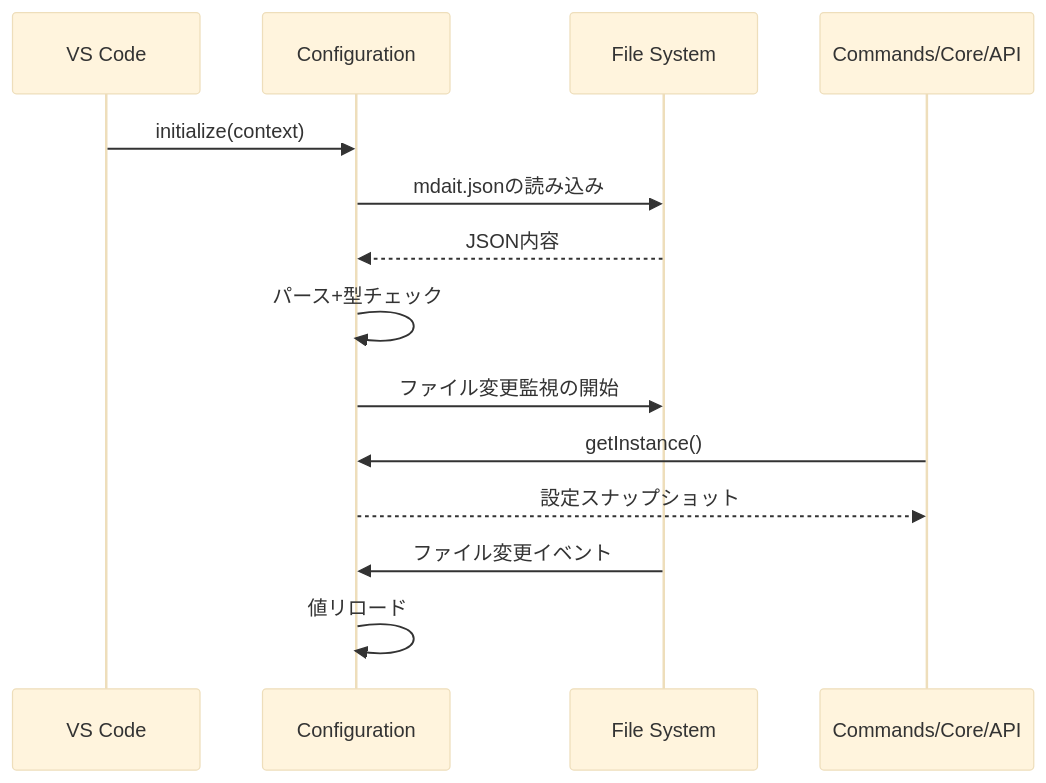
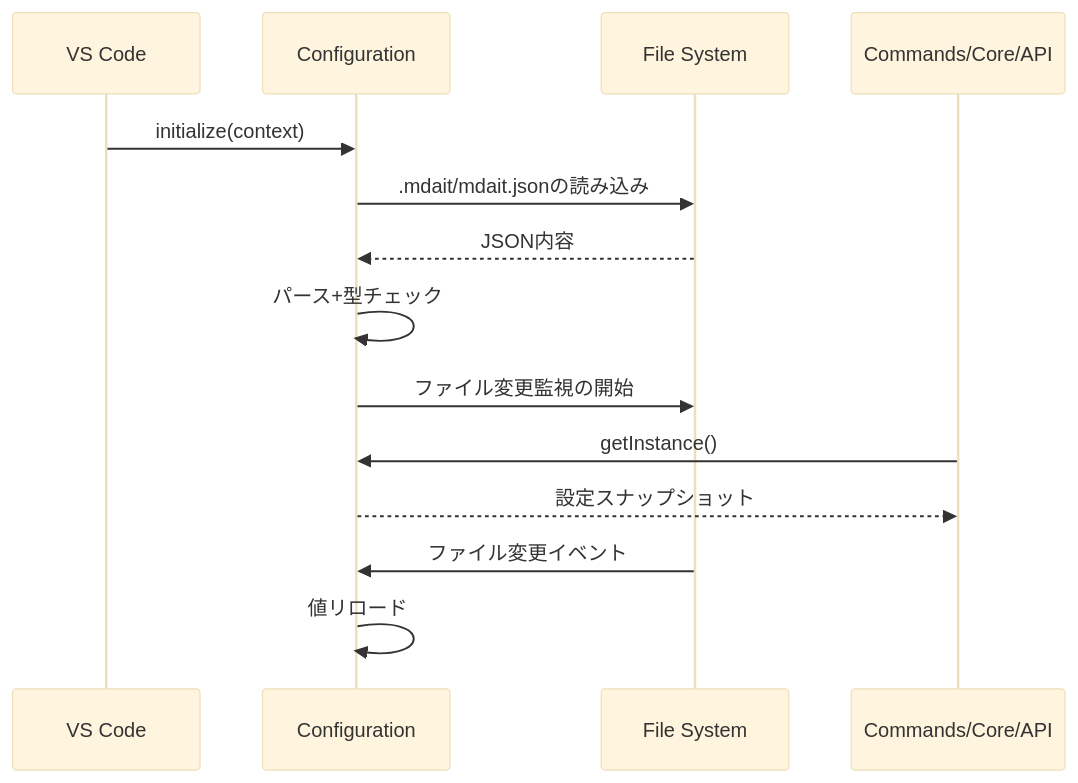
One commit to mochimochiki/mdait changed the diagram in docs/design/config.md. Above: the diagram before and after it, drawn with Mermaid (base theme). The commit also changed other lines of this file and 17 other files, not shown here.

````diff
--- a/docs/design/config.md
+++ b/docs/design/config.md
@@ -36,17 +36,17 @@
 ```mermaid
 sequenceDiagram
 		participant VS as VS Code
 		participant Cfg as Configuration
 		participant FS as File System
 		participant Caller as Commands/Core/API
 
 		VS->>Cfg: initialize(context)
-		Cfg->>FS: mdait.jsonの読み込み
+		Cfg->>FS: .mdait/mdait.jsonの読み込み
 		FS-->>Cfg: JSON内容
 		Cfg->>Cfg: パース+型チェック
 		Cfg->>FS: ファイル変更監視の開始
 		Caller->>Cfg: getInstance()
 		Cfg-->>Caller: 設定スナップショット
 		FS->>Cfg: ファイル変更イベント
 		Cfg->>Cfg: 値リロード
 ```
````
